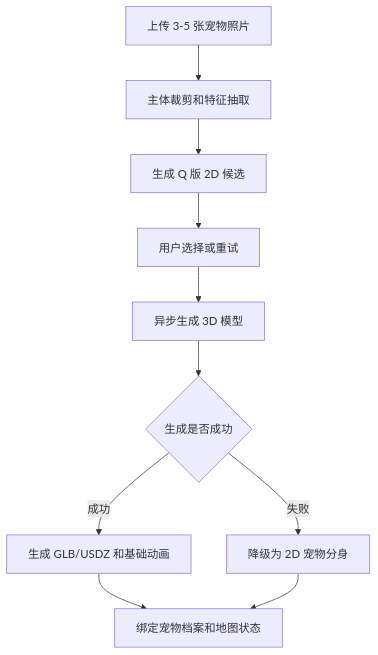
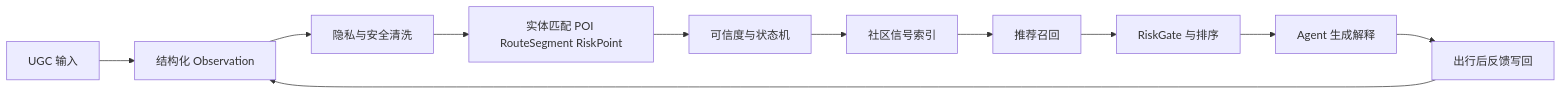
Before and after one commit to 1pitaph/PawPilot: the sixth of 6 diagrams in docs/prd-pet-mobility-agent.md, drawn with Mermaid. The commit also changed other lines of this file and 2 other files, not shown here.

````diff
--- a/docs/prd-pet-mobility-agent.md
+++ b/docs/prd-pet-mobility-agent.md
@@ -660,12 +674,13 @@
 ```{mermaid}
-flowchart TD
-    A[上传 3-5 张宠物照片] --> B[主体裁剪和特征抽取]
-    B --> C[生成 Q 版 2D 候选]
-    C --> D[用户选择或重试]
-    D --> E[异步生成 3D 模型]
-    E --> F{生成是否成功}
-    F -- 成功 --> G[生成 GLB/USDZ 和基础动画]
-    F -- 失败 --> H[降级为 2D 宠物分身]
-    G --> I[绑定宠物档案和地图状态]
-    H --> I
+flowchart LR
+    A[UGC 输入] --> B[结构化 Observation]
+    B --> C[隐私与安全清洗]
+    C --> D[实体匹配 POI RouteSegment RiskPoint]
+    D --> E[可信度与状态机]
+    E --> F[社区信号索引]
+    F --> G[推荐召回]
+    G --> H[RiskGate 与排序]
+    H --> I[Agent 生成解释]
+    I --> J[出行后反馈写回]
+    J --> B
 ```
````
